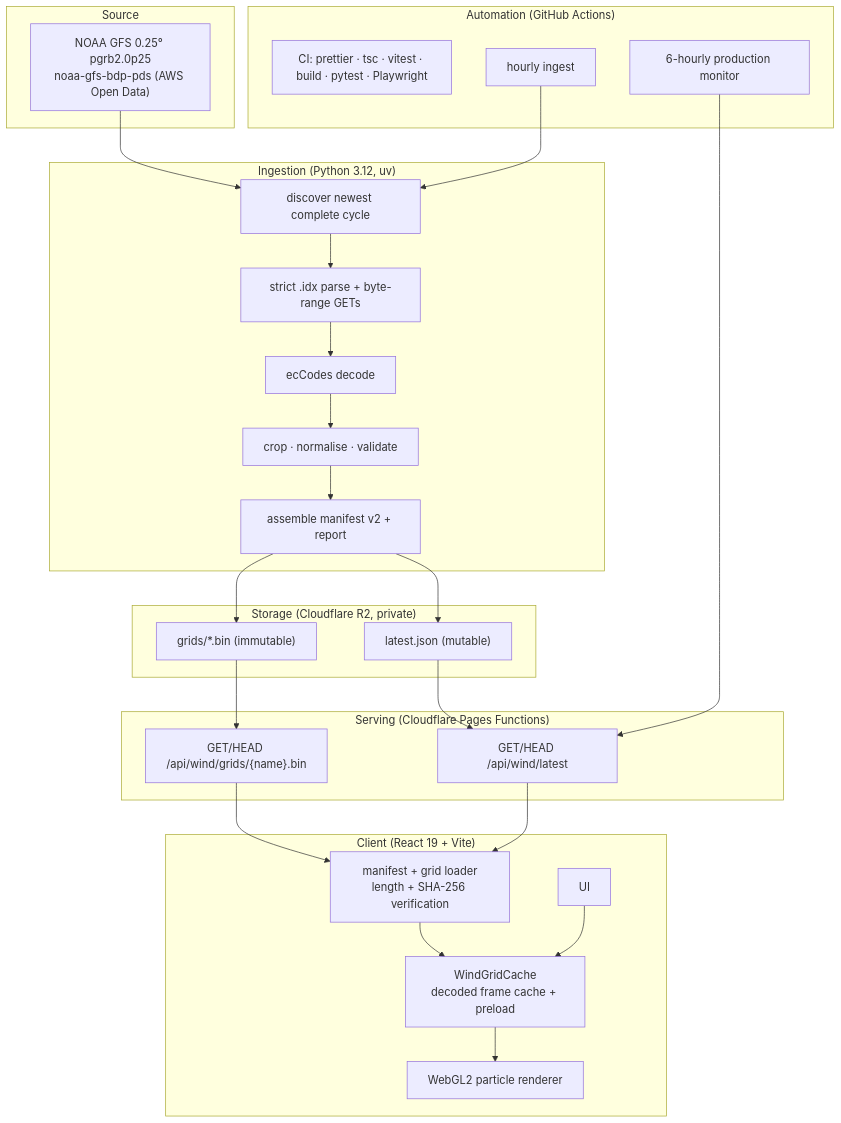
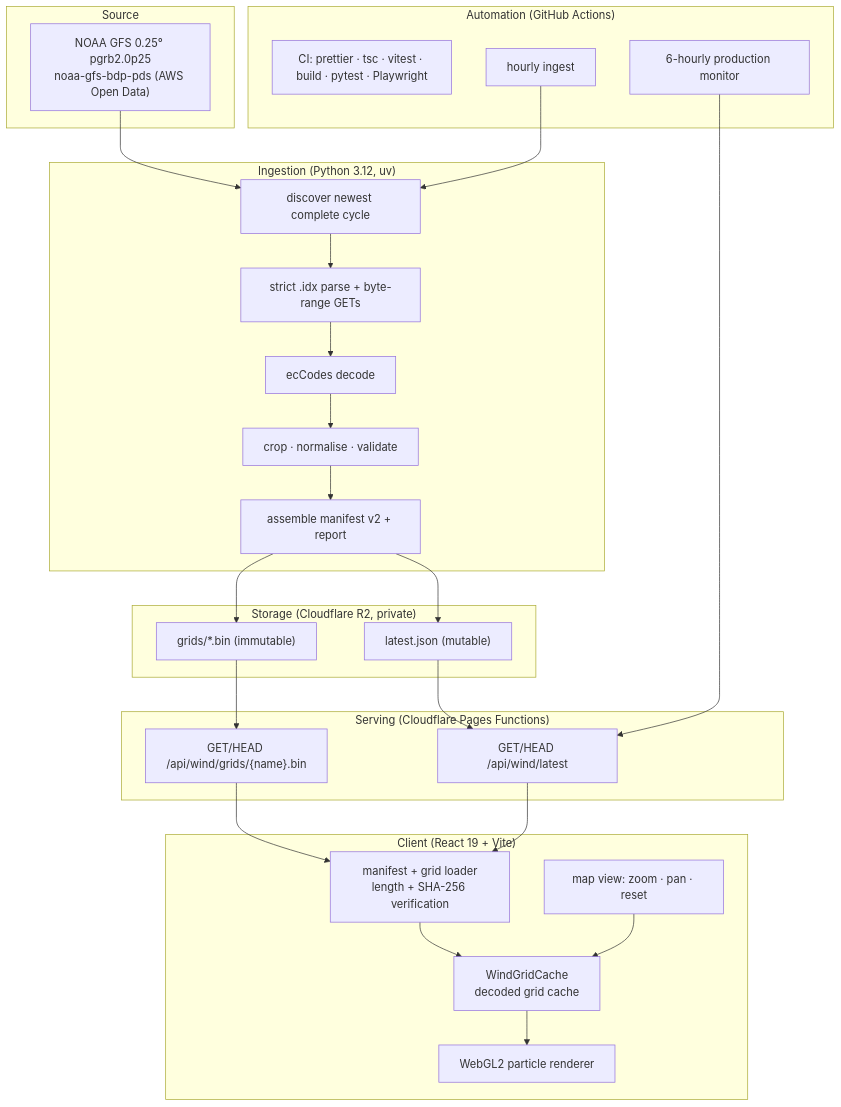
One commit to Y3FAI/saudi-wind changed the diagram in docs/ARCHITECTURE.md. Above: the diagram before and after it, drawn with Mermaid. The commit also changed other lines of this file and 7 other files, not shown here.

````diff
--- a/docs/ARCHITECTURE.md
+++ b/docs/ARCHITECTURE.md
@@ -10,47 +10,47 @@
 ```mermaid
 flowchart TB
     subgraph Source["Source"]
         NOAA["NOAA GFS 0.25° pgrb2.0p25<br/>noaa-gfs-bdp-pds (AWS Open Data)"]
     end
 
     subgraph Ingest["Ingestion (Python 3.12, uv)"]
         DISCOVER["discover newest complete cycle"]
         RANGE["strict .idx parse + byte-range GETs"]
         DECODE["ecCodes decode"]
         NORMALIZE["crop · normalise · validate"]
         ASSEMBLE["assemble manifest v2 + report"]
     end
 
     subgraph Storage["Storage (Cloudflare R2, private)"]
         GRIDS["grids/*.bin (immutable)"]
         MANIFEST["latest.json (mutable)"]
     end
 
     subgraph Serve["Serving (Cloudflare Pages Functions)"]
         LATEST["GET/HEAD /api/wind/latest"]
         GRID["GET/HEAD /api/wind/grids/{name}.bin"]
     end
 
     subgraph Client["Client (React 19 + Vite)"]
         FETCH["manifest + grid loader<br/>length + SHA-256 verification"]
-        CACHE["WindGridCache<br/>decoded frame cache + preload"]
+        CACHE["WindGridCache<br/>decoded grid cache"]
         RENDER["WebGL2 particle renderer"]
-        TIMELINE["UI"]
+        VIEW["map view: zoom · pan · reset"]
     end
 
     subgraph Ops["Automation (GitHub Actions)"]
         CI["CI: prettier · tsc · vitest · build · pytest · Playwright"]
         INGEST["hourly ingest"]
         MONITOR["6-hourly production monitor"]
     end
 
     NOAA --> DISCOVER --> RANGE --> DECODE --> NORMALIZE --> ASSEMBLE
     ASSEMBLE --> GRIDS
     ASSEMBLE --> MANIFEST
     GRIDS --> GRID --> FETCH
     MANIFEST --> LATEST --> FETCH
     FETCH --> CACHE --> RENDER
-    TIMELINE --> CACHE
+    VIEW --> CACHE
     INGEST --> DISCOVER
     MONITOR --> LATEST
 ```
````
